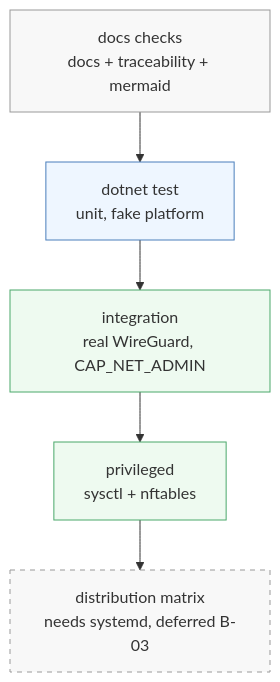
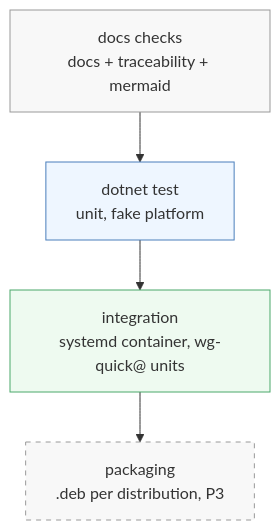
The diagram in docs/50-guides/running-tests.md (vinh466/wg-agent), drawn with Mermaid before and after one commit. The commit also changed other lines of this file and 16 other files, not shown here.

````diff
--- a/docs/50-guides/running-tests.md
+++ b/docs/50-guides/running-tests.md
@@ -14,16 +14,15 @@
 ```mermaid
 graph TD
   C["docs checks<br/>docs + traceability + mermaid"] --> U["dotnet test<br/>unit, fake platform"]
-  U --> I["integration<br/>real WireGuard, CAP_NET_ADMIN"]
-  I --> P["privileged<br/>sysctl + nftables"]
-  P --> M["distribution matrix<br/>needs systemd, deferred B-03"]
+  U --> I["integration<br/>systemd container, wg-quick@ units"]
+  I --> P["packaging<br/>.deb per distribution, P3"]
 
   classDef none fill:#f8f8f8,stroke:#999
   classDef host fill:#eef6ff,stroke:#4a7ebb
   classDef ctr fill:#eefaf0,stroke:#4aa86b
   classDef off fill:#f8f8f8,stroke:#999,stroke-dasharray: 5 5
   class C none
   class U host
-  class I,P ctr
-  class M off
+  class I ctr
+  class P off
 ```
````
